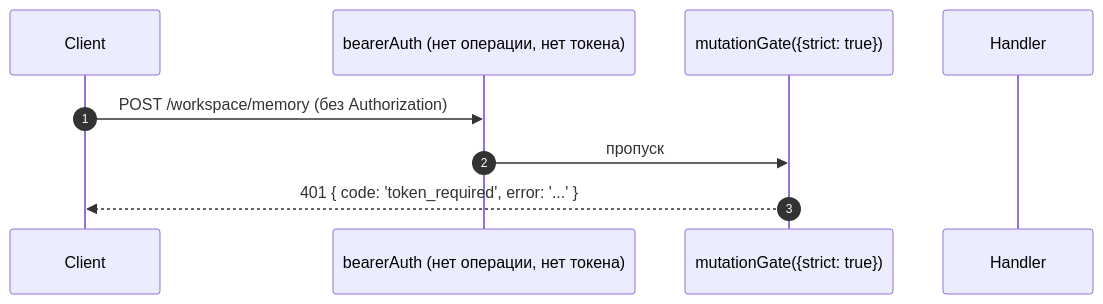
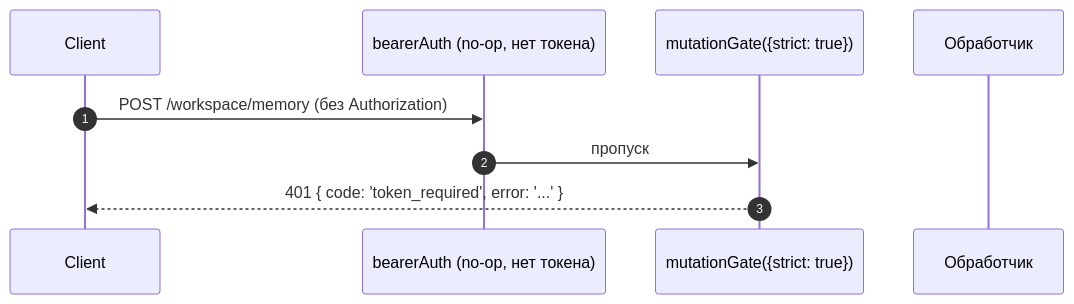
One commit to QwenLM/qwen-code-docs changed the fourth of 4 diagrams in website/content/ru/developers/daemon/12-auth-security.md. Above: the diagram before and after it, drawn with Mermaid. The commit also changed other lines of this file and 1077 other files, not shown here.

````diff
--- a/website/content/ru/developers/daemon/12-auth-security.md
+++ b/website/content/ru/developers/daemon/12-auth-security.md
@@ -216,12 +218,12 @@
 ```mermaid
 sequenceDiagram
     autonumber
     participant C as Client
-    participant BA as bearerAuth (нет операции, нет токена)
+    participant BA as bearerAuth (no-op, нет токена)
     participant MG as mutationGate({strict: true})
-    participant R as Handler
+    participant R as Обработчик
 
     C->>BA: POST /workspace/memory (без Authorization)
     BA->>MG: пропуск
     MG-->>C: 401 { code: 'token_required', error: '...' }
 ```
````
